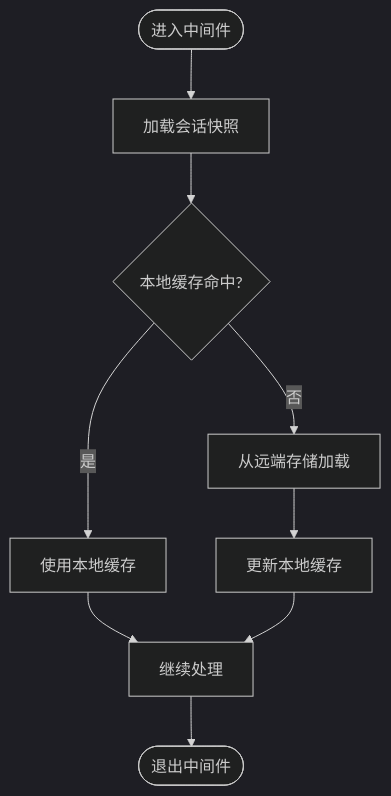
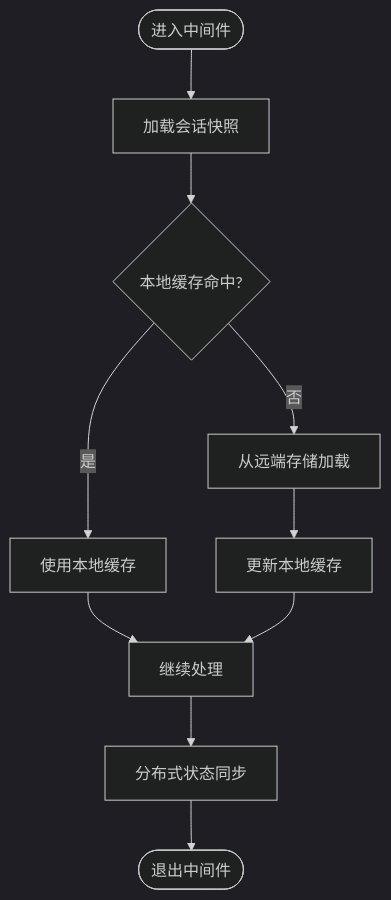
One commit to zmdhdu/NexusCockpit changed the fourth of 6 diagrams in .qoder/repowiki/zh/content/记忆管理系统/短期会话记忆.md. Above: the diagram before and after it, drawn with Mermaid (dark theme). The commit also changed other lines of this file and 43 other files, not shown here.

````diff
--- a/.qoder/repowiki/zh/content/记忆管理系统/短期会话记忆.md
+++ b/.qoder/repowiki/zh/content/记忆管理系统/短期会话记忆.md
@@ -242,11 +265,12 @@
 ```mermaid
 flowchart TD
 Start(["进入中间件"]) --> Load["加载会话快照"]
 Load --> CheckLocal{"本地缓存命中?"}
 CheckLocal --> |是| UseLocal["使用本地缓存"]
 CheckLocal --> |否| LoadRemote["从远端存储加载"]
 LoadRemote --> UpdateCache["更新本地缓存"]
 UseLocal --> Next["继续处理"]
 UpdateCache --> Next
-Next --> End(["退出中间件"])
+Next --> DistributedSync["分布式状态同步"]
+DistributedSync --> End(["退出中间件"])
 ```
````
